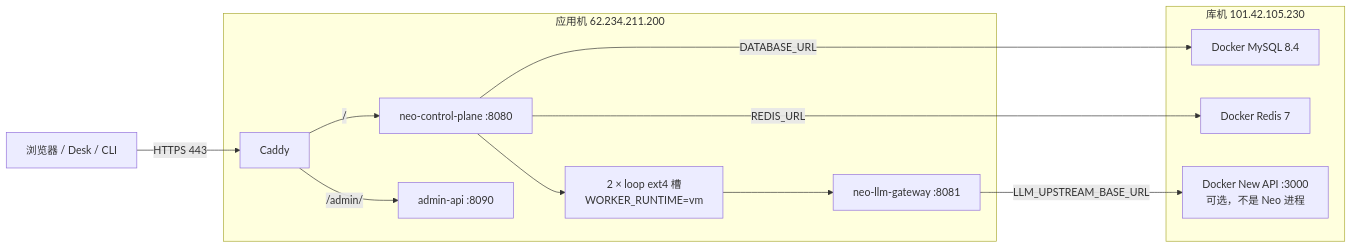
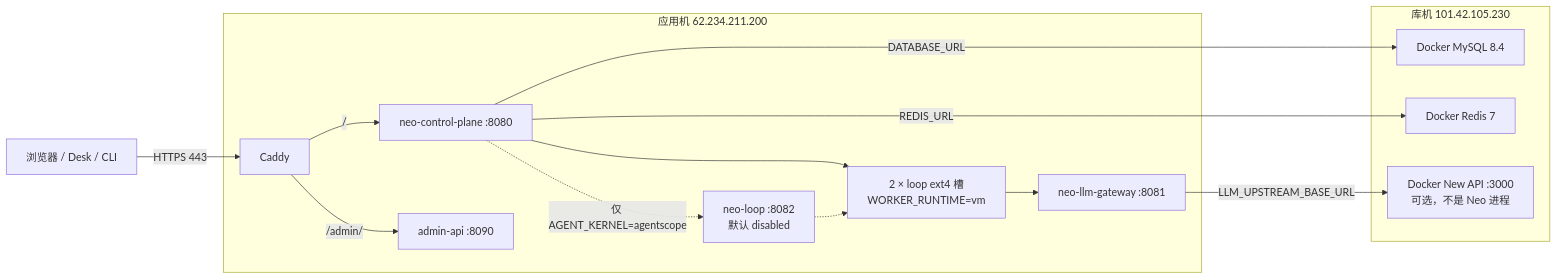
One commit to Neo2Agent/neo-cloud-agent changed the second of 3 diagrams in docs/architecture-overview.md. Above: the diagram before and after it, drawn with Mermaid. The commit also changed other lines of this file and 7 other files, not shown here.

````diff
--- a/docs/architecture-overview.md
+++ b/docs/architecture-overview.md
@@ -176,26 +176,29 @@
 ```mermaid
 flowchart LR
   User["浏览器 / Desk / CLI"] -->|"HTTPS 443"| Caddy
 
   subgraph app [应用机 62.234.211.200]
     Caddy["Caddy"]
     CP["neo-control-plane :8080"]
     GW["neo-llm-gateway :8081"]
     Admin["admin-api :8090"]
+    Loop["neo-loop :8082\n默认 disabled"]
     Slots["2 × loop ext4 槽\nWORKER_RUNTIME=vm"]
     Caddy -->|"/"| CP
     Caddy -->|"/admin/"| Admin
     CP --> Slots
     Slots --> GW
+    CP -.->|"仅 AGENT_KERNEL=agentscope"| Loop
+    Loop -.-> Slots
   end
 
   subgraph db [库机 101.42.105.230]
     MySQL["Docker MySQL 8.4"]
     Redis["Docker Redis 7"]
     NewAPI["Docker New API :3000\n可选，不是 Neo 进程"]
   end
 
   CP -->|"DATABASE_URL"| MySQL
   CP -->|"REDIS_URL"| Redis
   GW -->|"LLM_UPSTREAM_BASE_URL"| NewAPI
 ```
````
